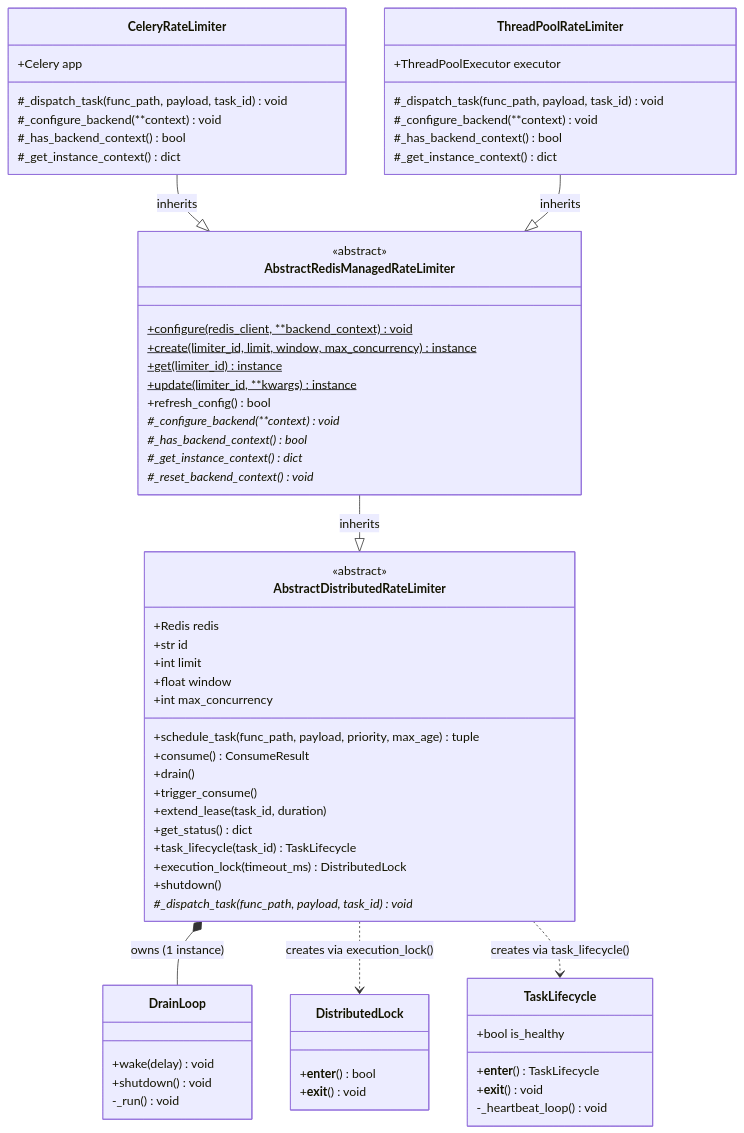
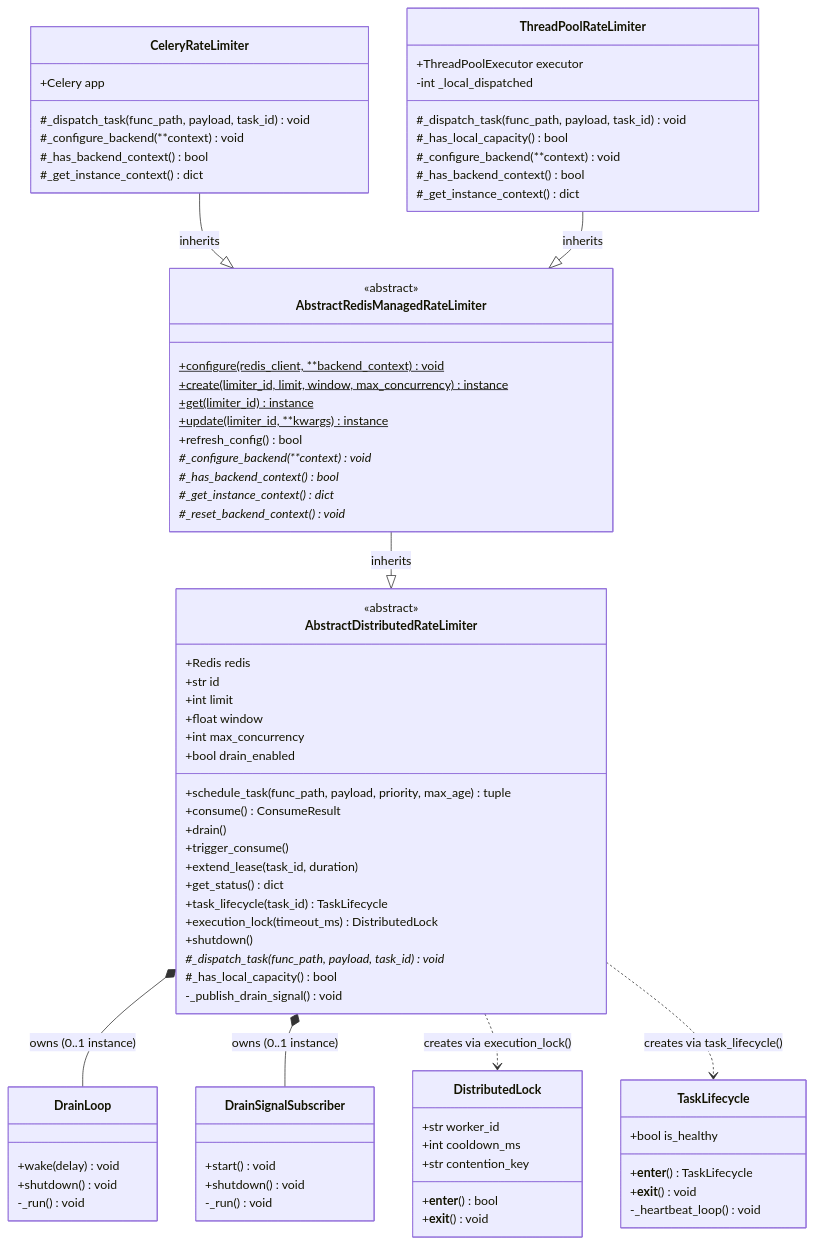
The diagram in docs/architecture/class-hierarchy.md (melroy999/redis-rate-limiter), drawn with Mermaid before and after one commit. The commit also changed other lines of this file and 53 other files, not shown here.

Commit message:
[/worker-limiter] Added Prometheus metrics integration, demo infrastructure, and K8s manifests. Fixed dispatch lock starvation (contention-aware cooldown) and added local capacity guard. Made the drain thread more robust (auto-recovery, exception handling, cross-process Pub/Sub notification).

````diff
--- a/docs/architecture/class-hierarchy.md
+++ b/docs/architecture/class-hierarchy.md
@@ -25,6 +27,7 @@
         +int limit
         +float window
         +int max_concurrency
+        +bool drain_enabled
         +schedule_task(func_path, payload, priority, max_age) tuple
         +consume() ConsumeResult
         +drain()
@@ -35,6 +38,8 @@
         +execution_lock(timeout_ms) DistributedLock
         +shutdown()
         #_dispatch_task(func_path, payload, task_id)* void
+        #_has_local_capacity() bool
+        -_publish_drain_signal() void
     }
 
     class AbstractRedisManagedRateLimiter {
@@ -60,7 +65,9 @@
 
     class ThreadPoolRateLimiter {
         +ThreadPoolExecutor executor
+        -int _local_dispatched
         #_dispatch_task(func_path, payload, task_id) void
+        #_has_local_capacity() bool
         #_configure_backend(**context) void
         #_has_backend_context() bool
         #_get_instance_context() dict
@@ -72,7 +79,16 @@
         -_run() void
     }
 
+    class DrainSignalSubscriber {
+        +start() void
+        +shutdown() void
+        -_run() void
+    }
+
     class DistributedLock {
+        +str worker_id
+        +int cooldown_ms
+        +str contention_key
         +__enter__() bool
         +__exit__() void
     }
@@ -88,7 +104,8 @@
     CeleryRateLimiter --|> AbstractRedisManagedRateLimiter : inherits
     ThreadPoolRateLimiter --|> AbstractRedisManagedRateLimiter : inherits
 
-    AbstractDistributedRateLimiter *-- DrainLoop : owns (1 instance)
+    AbstractDistributedRateLimiter *-- DrainLoop : owns (0..1 instance)
+    AbstractDistributedRateLimiter *-- DrainSignalSubscriber : owns (0..1 instance)
     AbstractDistributedRateLimiter ..> DistributedLock : creates via execution_lock()
     AbstractDistributedRateLimiter ..> TaskLifecycle : creates via task_lifecycle()
 ```
````
